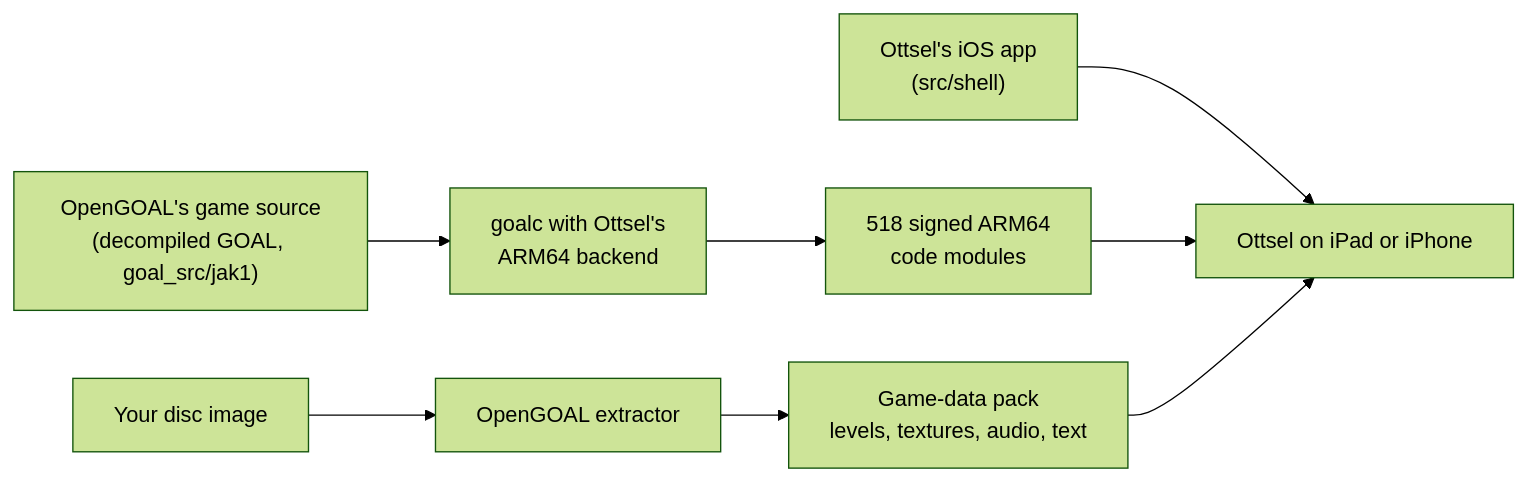
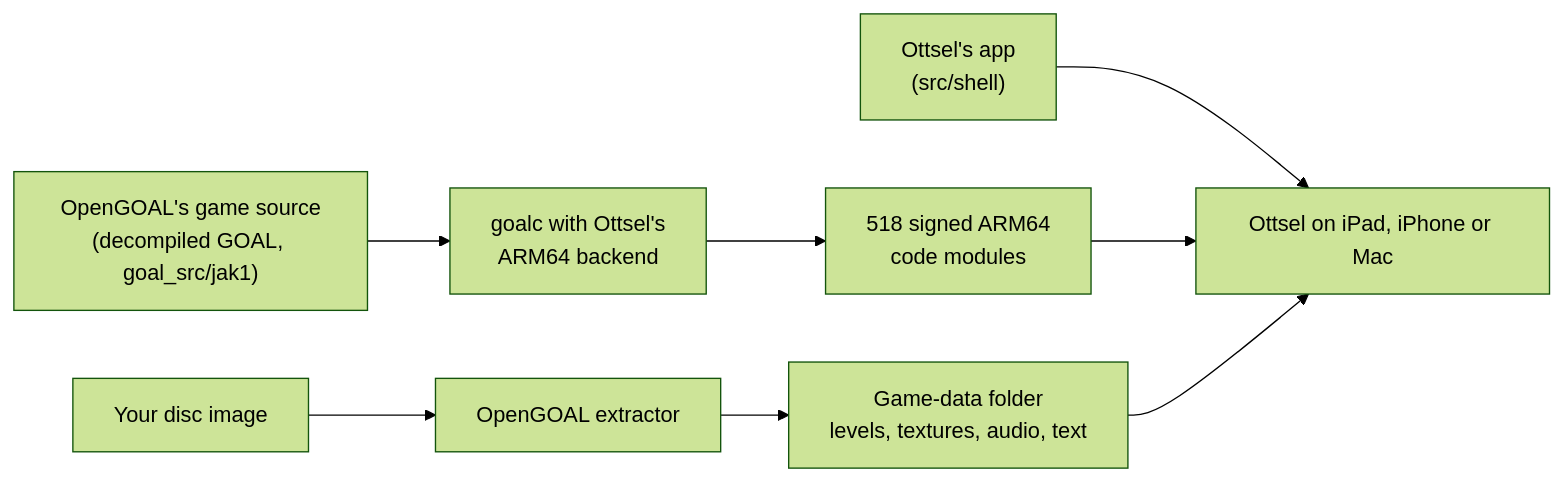
The diagram in README.md (chrissotraidis/ottsel), drawn with Mermaid (forest theme) before and after one commit. The commit also changed other lines of this file and 9 other files, not shown here.

````diff
--- a/README.md
+++ b/README.md
@@ -54,10 +59,10 @@
 ```mermaid
 flowchart LR
   src["OpenGOAL's game source<br/>(decompiled GOAL, goal_src/jak1)"] --> goalc["goalc with Ottsel's<br/>ARM64 backend"]
   goalc --> code["518 signed ARM64<br/>code modules"]
   disc["Your disc image"] --> extractor["OpenGOAL extractor"]
-  extractor --> pack["Game-data pack<br/>levels, textures, audio, text"]
-  shell["Ottsel's iOS app<br/>(src/shell)"] --> app["Ottsel on iPad or iPhone"]
+  extractor --> pack["Game-data folder<br/>levels, textures, audio, text"]
+  shell["Ottsel's app<br/>(src/shell)"] --> app["Ottsel on iPad, iPhone or Mac"]
   code --> app
   pack --> app
 ```
````
